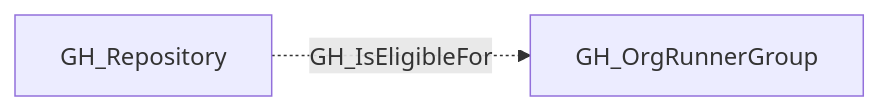
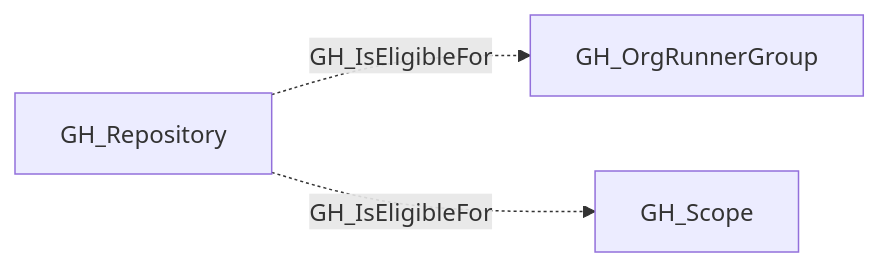
One commit to SpecterOps/openhound-github changed the diagram in descriptions/edges/GH_IsEligibleFor.md. Above: the diagram before and after it, drawn with Mermaid. The commit also changed other lines of this file and 44 other files, not shown here.

````diff
--- a/descriptions/edges/GH_IsEligibleFor.md
+++ b/descriptions/edges/GH_IsEligibleFor.md
@@ -17,6 +18,8 @@
 ```mermaid
 graph LR
     n0["GH_Repository"]
     n1["GH_OrgRunnerGroup"]
+    n2["GH_Scope"]
     n0 -.->|GH_IsEligibleFor| n1
+    n0 -.->|GH_IsEligibleFor| n2
 ```
````
